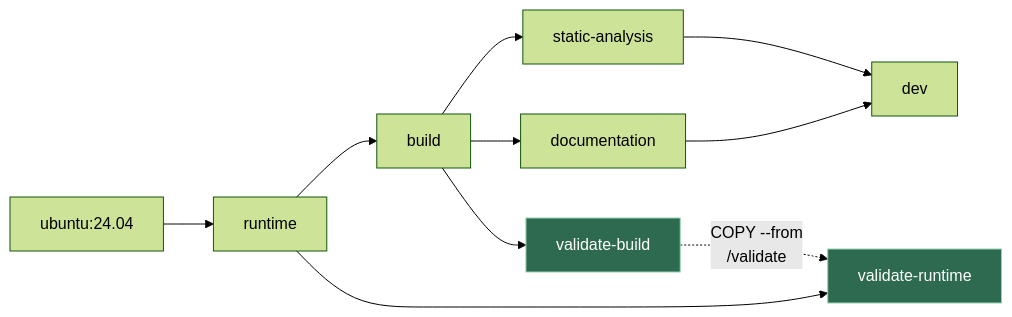
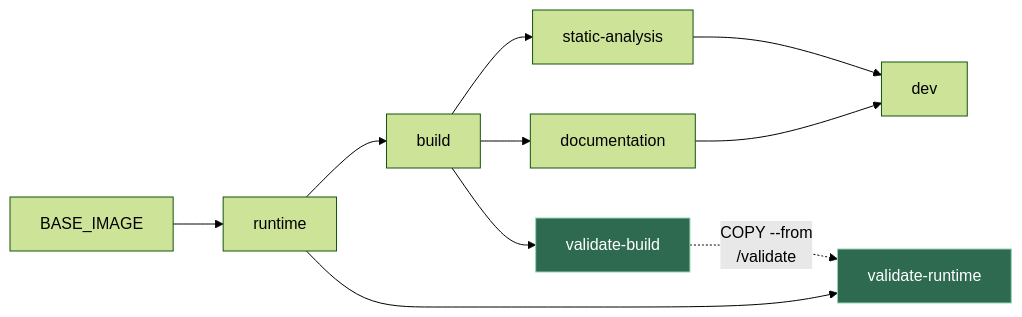
Before and after one commit to GuillaumeDua/cpp-toolchain: the first of 3 diagrams in docs/IMAGES_VALIDATION.md, drawn with Mermaid (forest theme). The commit also changed other lines of this file and 1 other file, not shown here.

````diff
--- a/docs/IMAGES_VALIDATION.md
+++ b/docs/IMAGES_VALIDATION.md
@@ -66,16 +67,16 @@
 ```mermaid
 graph LR
-    base["ubuntu:24.04"] --> runtime
+    base["BASE_IMAGE"] --> runtime
     runtime --> build
     build --> sa["static-analysis"]
     build --> doc["documentation"]
     sa --> dev
     doc --> dev
 
     build --> vb["validate-build"]
     runtime --> vr["validate-runtime"]
     vb -. "COPY --from<br/>/validate" .-> vr
 
     classDef gate fill:#2d6a4f,stroke:#95d5b2,color:#ffffff
     class vb,vr gate
 ```
````
